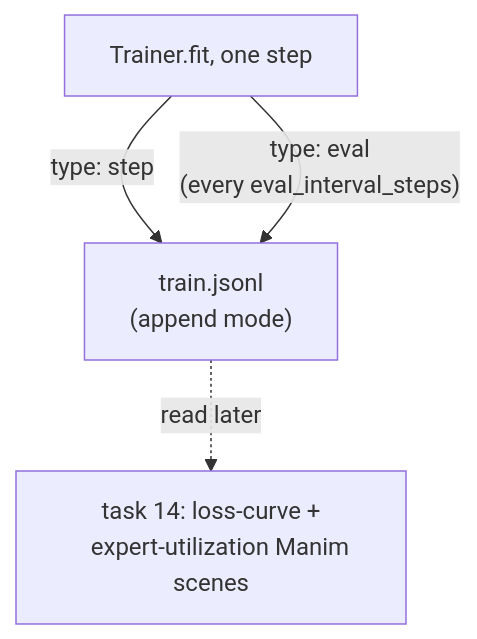
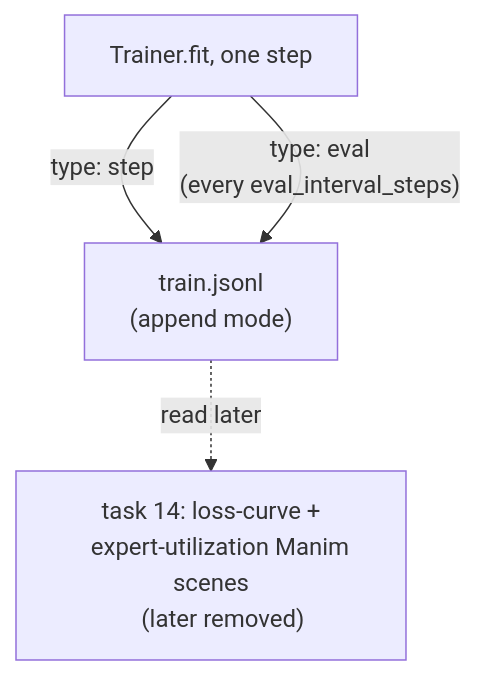
Before and after one commit to Sheiphan/training-my-moe: the seventh of 8 diagrams in journey_of_a_model/010-training-loop.md, drawn with Mermaid. The commit also changed other lines of this file and 66 other files, not shown here.

````diff
--- a/journey_of_a_model/010-training-loop.md
+++ b/journey_of_a_model/010-training-loop.md
@@ -518,9 +518,10 @@
 ```mermaid
 flowchart TD
     T["Trainer.fit, one step"] -->|"type: step"| F["train.jsonl
     (append mode)"]
     T -->|"type: eval
     (every eval_interval_steps)"| F
     F -.->|"read later"| VIZ["task 14: loss-curve +
-    expert-utilization Manim scenes"]
+    expert-utilization Manim scenes
+    (later removed)"]
 ```
````
